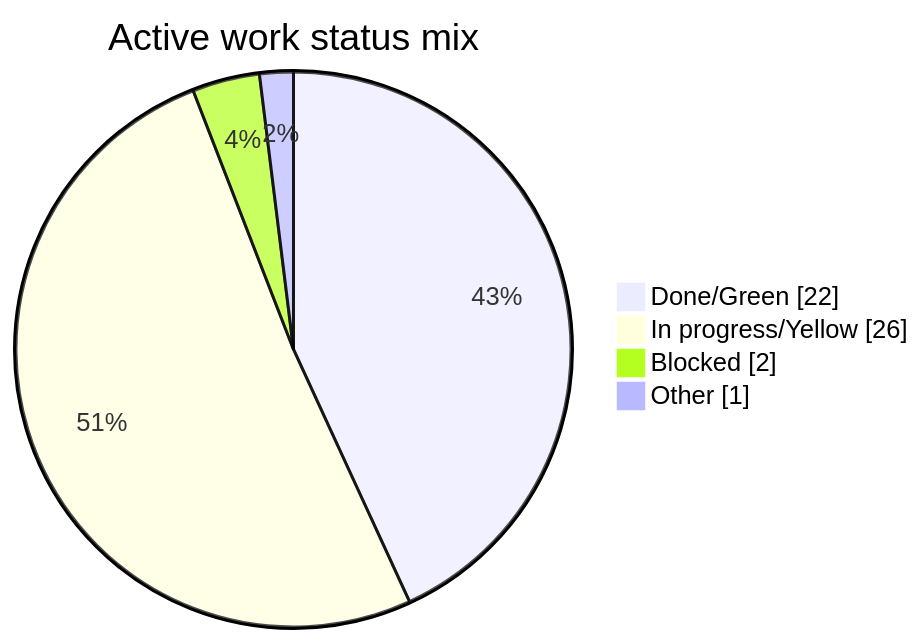
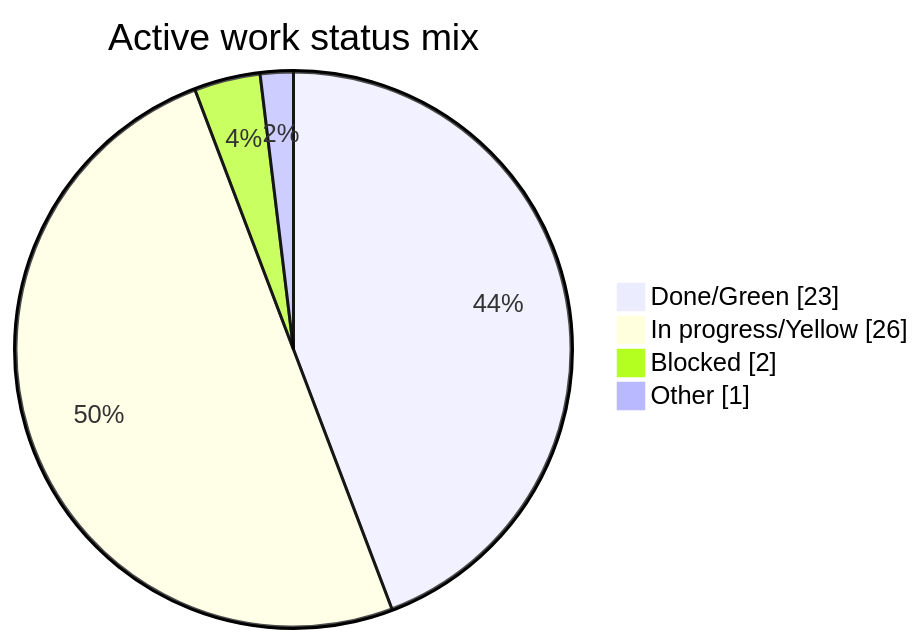
The second of 7 diagrams in docs/confluence/outbox/vego-ai-progress-dashboard.md (AliHamed17/vego-ai-research), drawn with Mermaid before and after one commit. The commit also changed other lines of this file and 28 other files, not shown here.

````diff
--- a/docs/confluence/outbox/vego-ai-progress-dashboard.md
+++ b/docs/confluence/outbox/vego-ai-progress-dashboard.md
@@ -165,8 +165,8 @@
 ```mermaid
 pie showData
     title Active work status mix
-    "Done/Green" : 22
+    "Done/Green" : 23
     "In progress/Yellow" : 26
     "Blocked" : 2
     "Other" : 1
 ```
````
